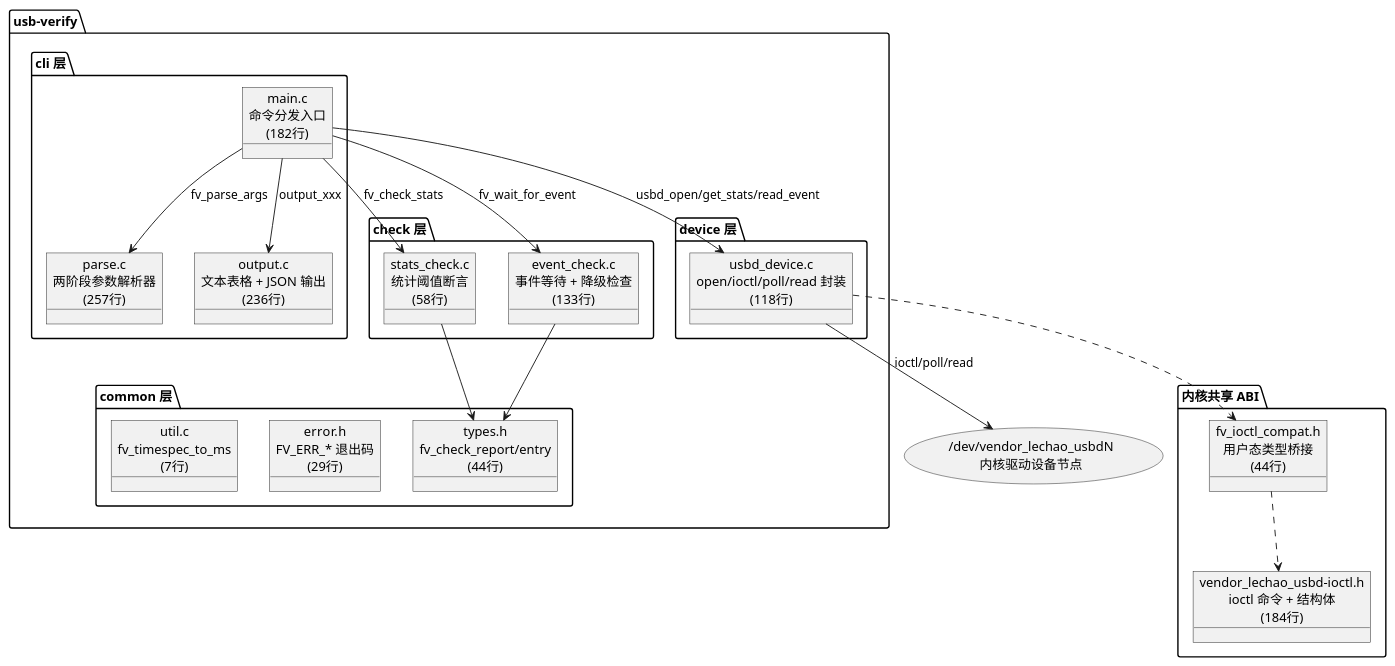
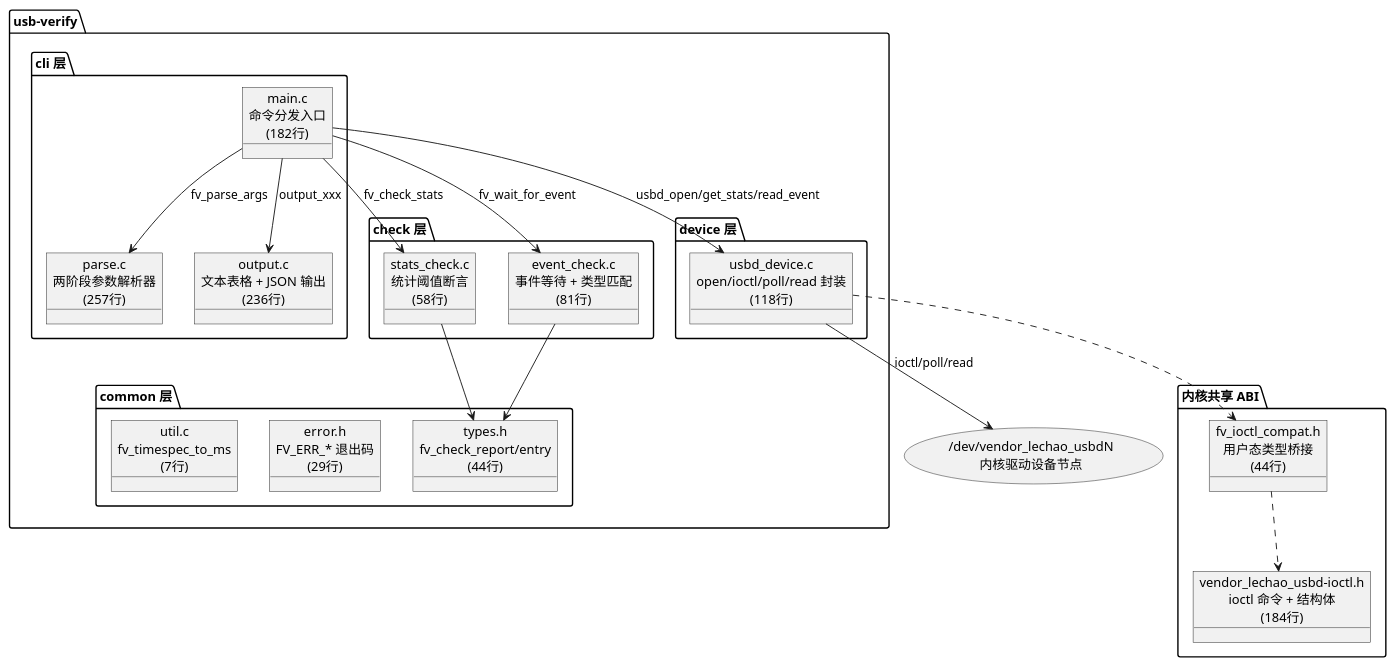
The sixth of 16 diagrams in docs/02-IO增强/02.05-故障注入验证-usb-verify.md (lechao365/AndroidSystemEnhance), drawn with PlantUML before and after one commit. The commit also changed other lines of this file and 118 other files, not shown here.

````diff
--- a/docs/02-IO增强/02.05-故障注入验证-usb-verify.md
+++ b/docs/02-IO增强/02.05-故障注入验证-usb-verify.md
@@ -187,42 +187,42 @@
 ```plantuml
 @startuml
 allowmixing
 package "usb-verify" as mod {
     package "cli 层" as cli {
         object "main.c\n命令分发入口\n(182行)" as Main
         object "parse.c\n两阶段参数解析器\n(257行)" as Parse
         object "output.c\n文本表格 + JSON 输出\n(236行)" as Output
     }
     package "device 层" as dev {
         object "usbd_device.c\nopen/ioctl/poll/read 封装\n(118行)" as Usbd
     }
     package "check 层" as chk {
         object "stats_check.c\n统计阈值断言\n(58行)" as StatsChk
-        object "event_check.c\n事件等待 + 降级检查\n(133行)" as EventChk
+        object "event_check.c\n事件等待 + 类型匹配\n(81行)" as EventChk
     }
     package "common 层" as com {
         object "types.h\nfv_check_report/entry\n(44行)" as Types
         object "error.h\nFV_ERR_* 退出码\n(29行)" as Error
         object "util.c\nfv_timespec_to_ms\n(7行)" as Util
     }
 }
 
 package "内核共享 ABI" as abi {
     object "vendor_lechao_usbd-ioctl.h\nioctl 命令 + 结构体\n(184行)" as Ioctl
     object "fv_ioctl_compat.h\n用户态类型桥接\n(44行)" as Compat
 }
 
 usecase "/dev/vendor_lechao_usbdN\n内核驱动设备节点" as Kernel
 
 Main --> Parse : fv_parse_args
 Main --> Output : output_xxx
 Main --> Usbd : usbd_open/get_stats/read_event
 Main --> StatsChk : fv_check_stats
 Main --> EventChk : fv_wait_for_event
 StatsChk --> Types
 EventChk --> Types
 Usbd --> Kernel : ioctl/poll/read
 Usbd ..> Compat
 Compat ..> Ioctl
 @enduml
 ```
````
